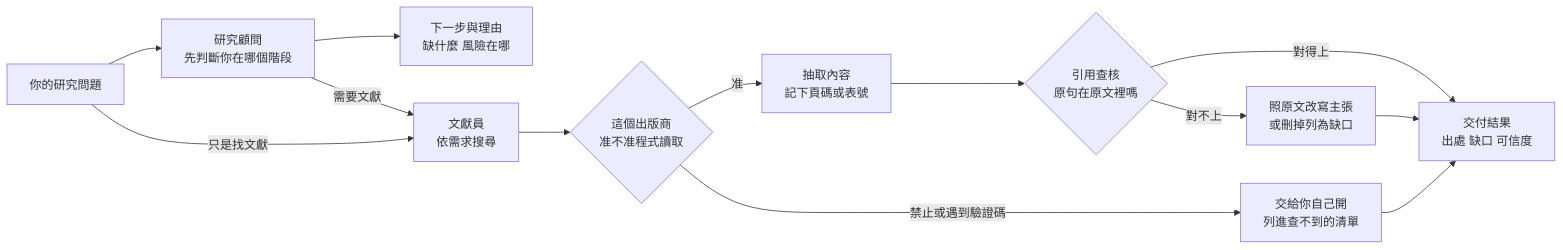
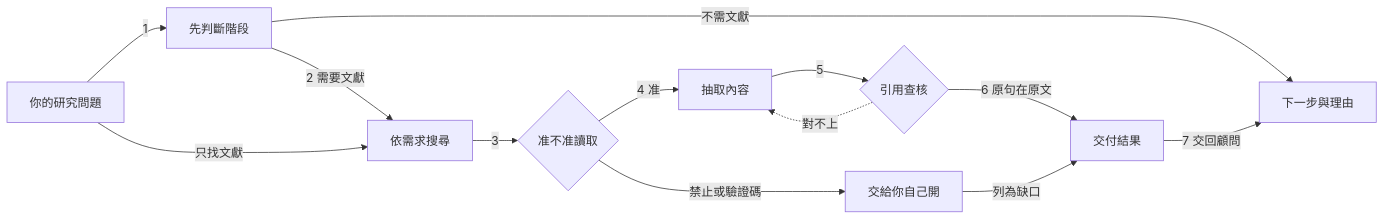
The diagram in README.md (WizerdBaChe/research-advisor-kit), drawn with Mermaid before and after one commit. The commit also changed other lines of this file and 4 other files, not shown here.

Commit message:
docs: show rendered flow in readmes and map it to skill passages

````diff
--- a/README.md
+++ b/README.md
@@ -125,15 +128,15 @@
 ```mermaid
 flowchart LR
-  Q[你的研究問題] --> A[研究顧問<br/>先判斷你在哪個階段]
-  A --> D[下一步與理由<br/>缺什麼 風險在哪]
-  A -->|需要文獻| L[文獻員<br/>依需求搜尋]
-  Q -->|只是找文獻| L
-  L --> H{這個出版商<br/>准不准程式讀取}
-  H -->|准| X[抽取內容<br/>記下頁碼或表號]
-  H -->|禁止或遇到驗證碼| U[交給你自己開<br/>列進查不到的清單]
-  X --> C{引用查核<br/>原句在原文裡嗎}
-  C -->|對不上| F[照原文改寫主張<br/>或刪掉列為缺口]
-  C -->|對得上| R[交付結果<br/>出處 缺口 可信度]
-  F --> R
-  U --> R
+  Q[你的研究問題] -->|1| A[先判斷階段]
+  A -->|不需文獻| D[下一步與理由]
+  A -->|2 需要文獻| L[依需求搜尋]
+  Q -->|只找文獻| L
+  L -->|3| H{准不准讀取}
+  H -->|4 准| X[抽取內容]
+  H -->|禁止或驗證碼| U[交給你自己開]
+  X -->|5| C{引用查核}
+  C -.->|對不上| X
+  C -->|6 原句在原文| R[交付結果]
+  U -->|列為缺口| R
+  R -->|7 交回顧問| D
 ```
````
